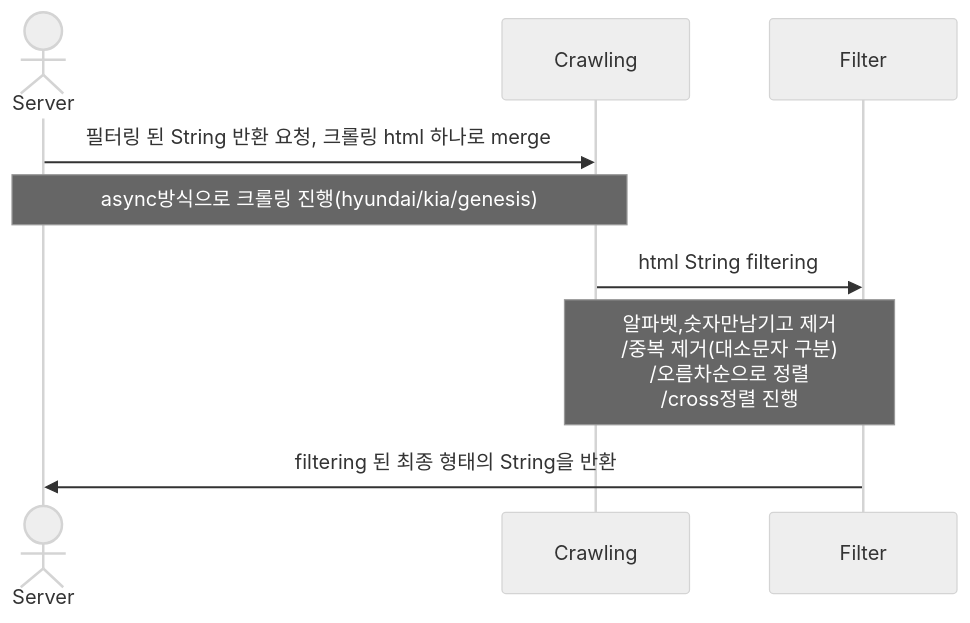
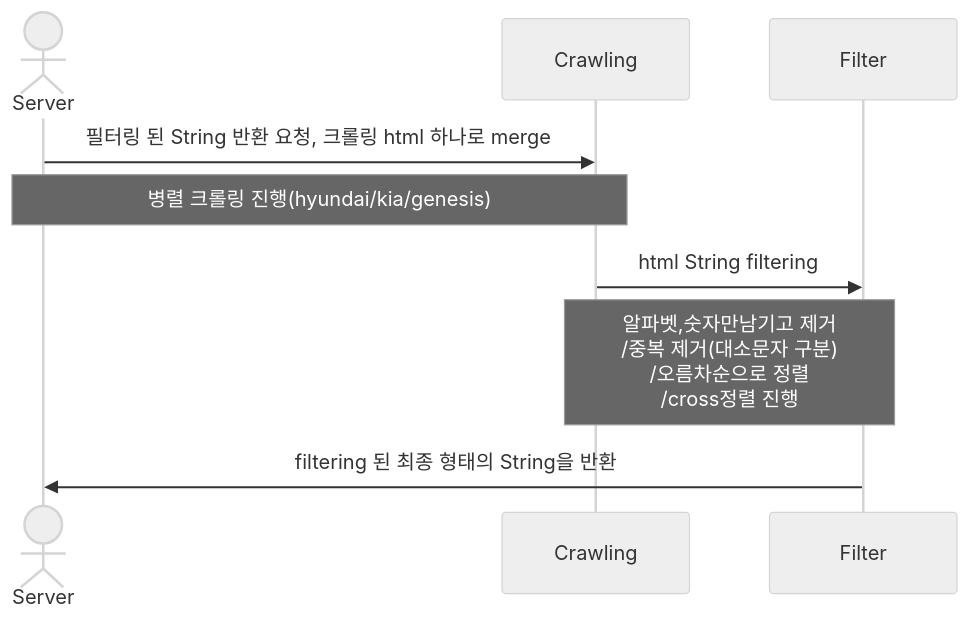
The diagram in README.md (chaechaeyi/crawling-program), drawn with Mermaid (neutral theme) before and after one commit.

````diff
--- a/README.md
+++ b/README.md
@@ -14,11 +14,11 @@
 ```mermaid
 sequenceDiagram
     actor Server
     participant Crawling
     participant Filter
     Server->>Crawling: 필터링 된 String 반환 요청, 크롤링 html 하나로 merge
-    Note over Server, Crawling: async방식으로 크롤링 진행(hyundai/kia/genesis)  
+    Note over Server, Crawling: 병렬 크롤링 진행(hyundai/kia/genesis)  
     Crawling->>Filter: html String filtering
     Note over Crawling, Filter: 알파벳,숫자만남기고 제거<br/>/중복 제거(대소문자 구분)<br/>/오름차순으로 정렬<br/>/cross정렬 진행
     Filter->>Server: filtering 된 최종 형태의 String을 반환
 ```
````
